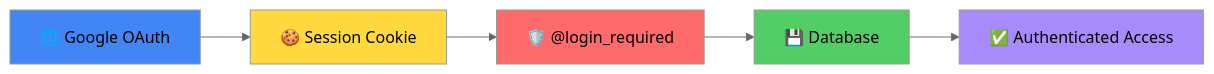
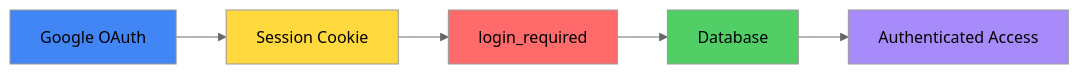
Before and after one commit to DANI-cloud-del/Flask: diagram 15 of 15 in docs/OAUTH_FLOWCHART.md, drawn with Mermaid (neutral theme). The commit also changed other lines of this file, not shown here.

Commit message:
Fix Mermaid syntax errors in flowcharts - escape special characters and fix line breaks

````diff
--- a/docs/OAUTH_FLOWCHART.md
+++ b/docs/OAUTH_FLOWCHART.md
@@ -563,13 +495,13 @@
 ```mermaid
 flowchart LR
-    A[🌐 Google OAuth] --> B[🍪 Session Cookie]
-    B --> C[🛡️ @login_required]
-    C --> D[💾 Database]
-    D --> E[✅ Authenticated Access]
+    A[Google OAuth] --> B[Session Cookie]
+    B --> C[login_required]
+    C --> D[Database]
+    D --> E[Authenticated Access]
     
     style A fill:#4285f4
     style B fill:#ffd93d
     style C fill:#ff6b6b
     style D fill:#51cf66
     style E fill:#a78bfa
 ```
````
